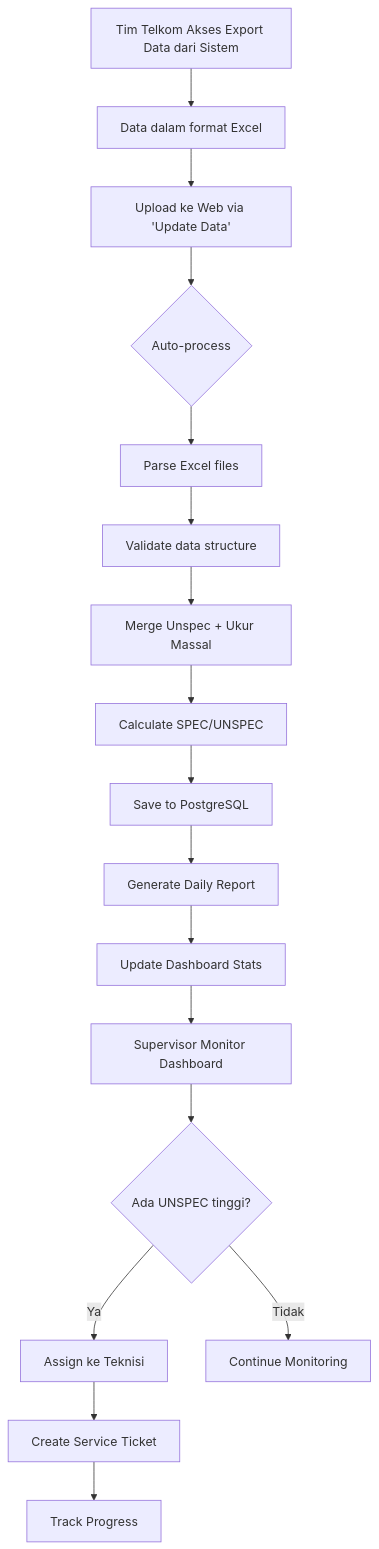
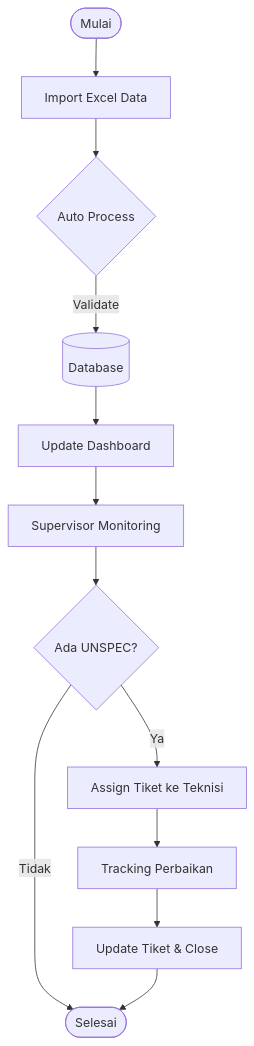
One commit to Just0rdinaryGuy/unspec-dash changed the third of 3 diagrams in README.md. Above: the diagram before and after it, drawn with Mermaid. The commit also changed other lines of this file and 1 other file, not shown here.

````diff
--- a/README.md
+++ b/README.md
@@ -661,19 +225,14 @@
 ```mermaid
 graph TD
-    A[Tim Telkom Akses Export Data dari Sistem] --> B[Data dalam format Excel]
-    B --> C[Upload ke Web via 'Update Data']
-    C --> D{Auto-process}
-    D --> E[Parse Excel files]
-    E --> F[Validate data structure]
-    F --> G[Merge Unspec + Ukur Massal]
-    G --> H[Calculate SPEC/UNSPEC]
-    H --> I[Save to PostgreSQL]
-    I --> J[Generate Daily Report]
-    J --> K[Update Dashboard Stats]
-    K --> L[Supervisor Monitor Dashboard]
-    L --> M{Ada UNSPEC tinggi?}
-    M -->|Ya| N[Assign ke Teknisi]
-    M -->|Tidak| O[Continue Monitoring]
-    N --> P[Create Service Ticket]
-    P --> Q[Track Progress]
+    Start([Mulai]) --> Import[Import Excel Data]
+    Import --> Process{Auto Process}
+    Process -->|Validate| DB[(Database)]
+    DB --> Dash[Update Dashboard]
+    Dash --> Monitor[Supervisor Monitoring]
+    Monitor --> Check{Ada UNSPEC?}
+    Check -->|Ya| Assign[Assign Tiket ke Teknisi]
+    Check -->|Tidak| Done([Selesai])
+    Assign --> Track[Tracking Perbaikan]
+    Track --> Close[Update Tiket & Close]
+    Close --> Done
 ```
````
